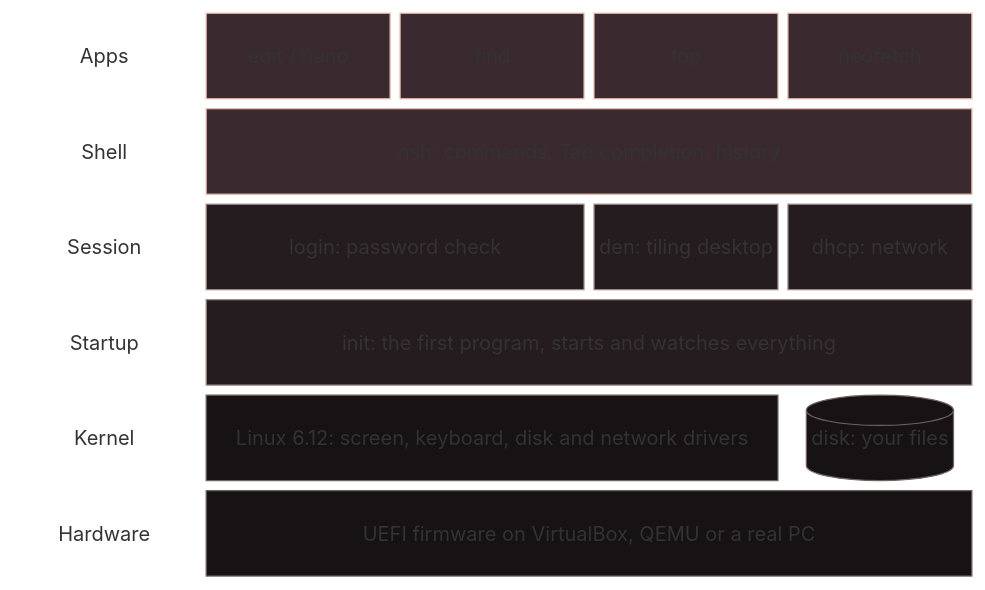
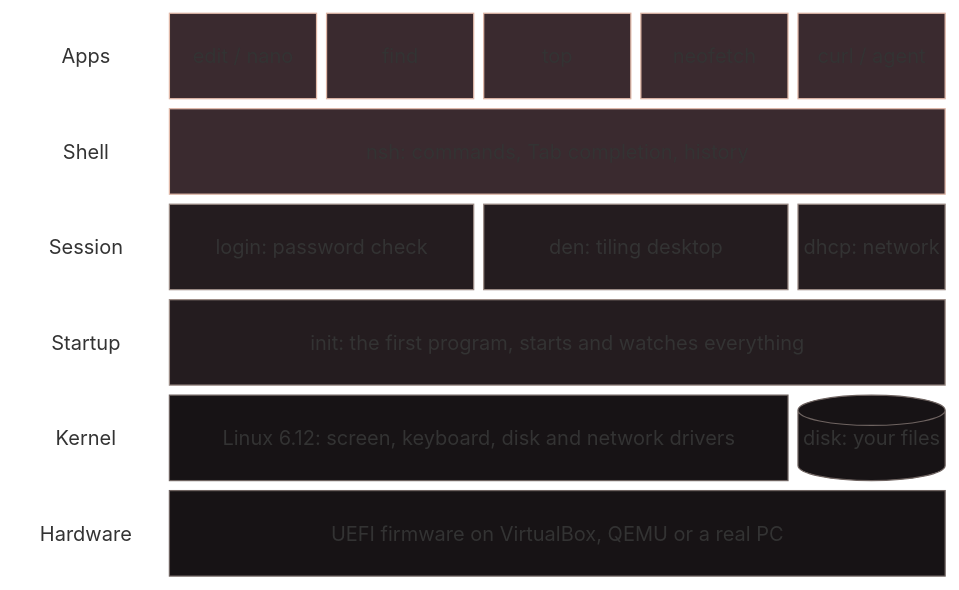
The diagram in README.md (Adhishtanaka/thir), drawn with Mermaid before and after one commit. The commit also changed other lines of this file and 15 other files, not shown here.

First line of the commit message:
curl and agent: HTTPS client and AI chat (Claude, ChatGPT, Gemini, DeepSeek, Ollama)

````diff
--- a/README.md
+++ b/README.md
@@ -25,19 +33,19 @@
 ```mermaid
 block-beta
-  columns 5
-  l1["Apps"] edit["edit / nano"] find["find"] top["top"] fetch["neofetch"]
-  l2["Shell"] shell["nsh: commands, Tab completion, history"]:4
-  l3["Session"] login["login: password check"]:2 den["den: tiling desktop"] dhcp["dhcp: network"]
-  l4["Startup"] init["init: the first program, starts and watches everything"]:4
-  l5["Kernel"] kernel["Linux 6.12: screen, keyboard, disk and network drivers"]:3 disk[("disk: your files")]
-  l6["Hardware"] hw["UEFI firmware on VirtualBox, QEMU or a real PC"]:4
+  columns 6
+  l1["Apps"] edit["edit / nano"] find["find"] top["top"] fetch["neofetch"] net["curl / agent"]
+  l2["Shell"] shell["nsh: commands, Tab completion, history"]:5
+  l3["Session"] login["login: password check"]:2 den["den: tiling desktop"]:2 dhcp["dhcp: network"]
+  l4["Startup"] init["init: the first program, starts and watches everything"]:5
+  l5["Kernel"] kernel["Linux 6.12: screen, keyboard, disk and network drivers"]:4 disk[("disk: your files")]
+  l6["Hardware"] hw["UEFI firmware on VirtualBox, QEMU or a real PC"]:5
 
   classDef label fill:transparent,stroke:transparent,color:#9c8c86
   classDef user fill:#3a2a2f,stroke:#e0b8a8,color:#ecd6cd
   classDef sys fill:#241c1f,stroke:#9c8c86,color:#ecd6cd
   classDef core fill:#171315,stroke:#6e6360,color:#ecd6cd
   class l1,l2,l3,l4,l5,l6 label
-  class edit,find,top,fetch,shell user
+  class edit,find,top,fetch,net,shell user
   class login,den,dhcp,init sys
   class kernel,hw,disk core
 ```
````
